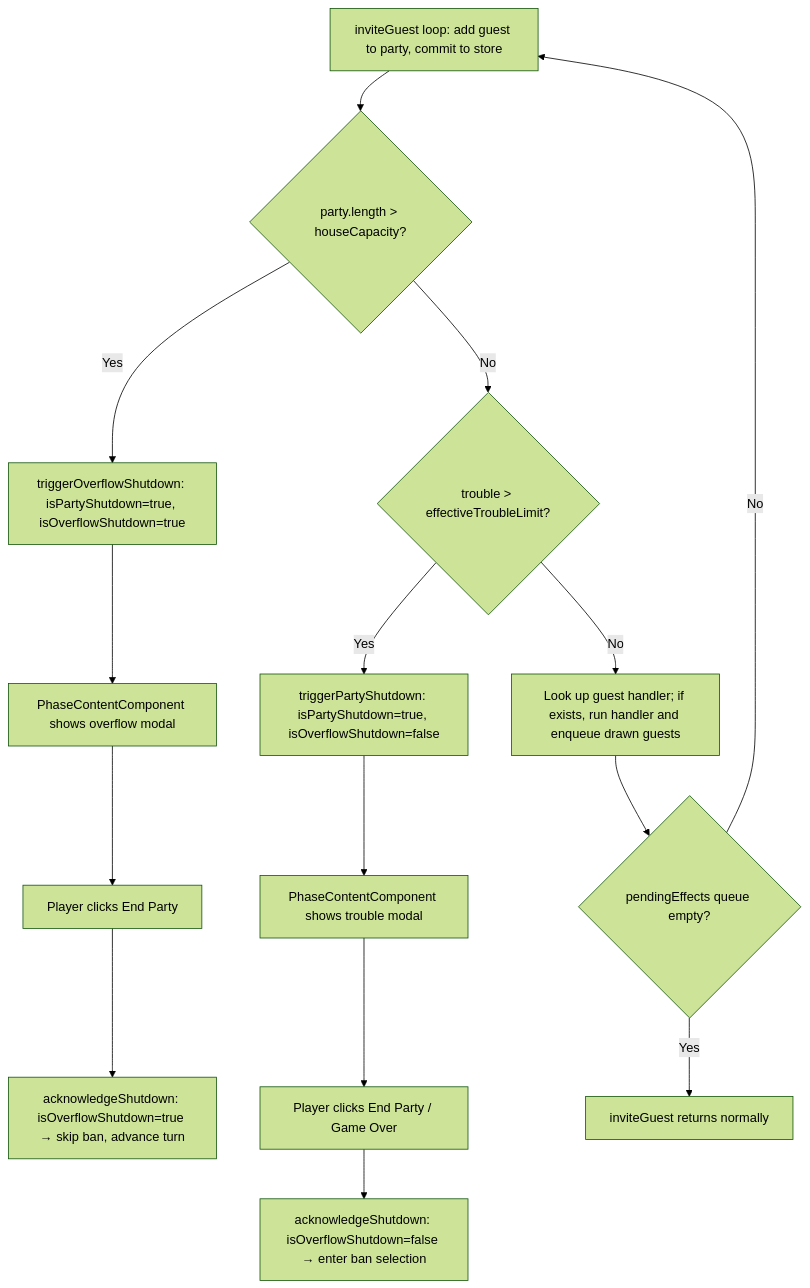
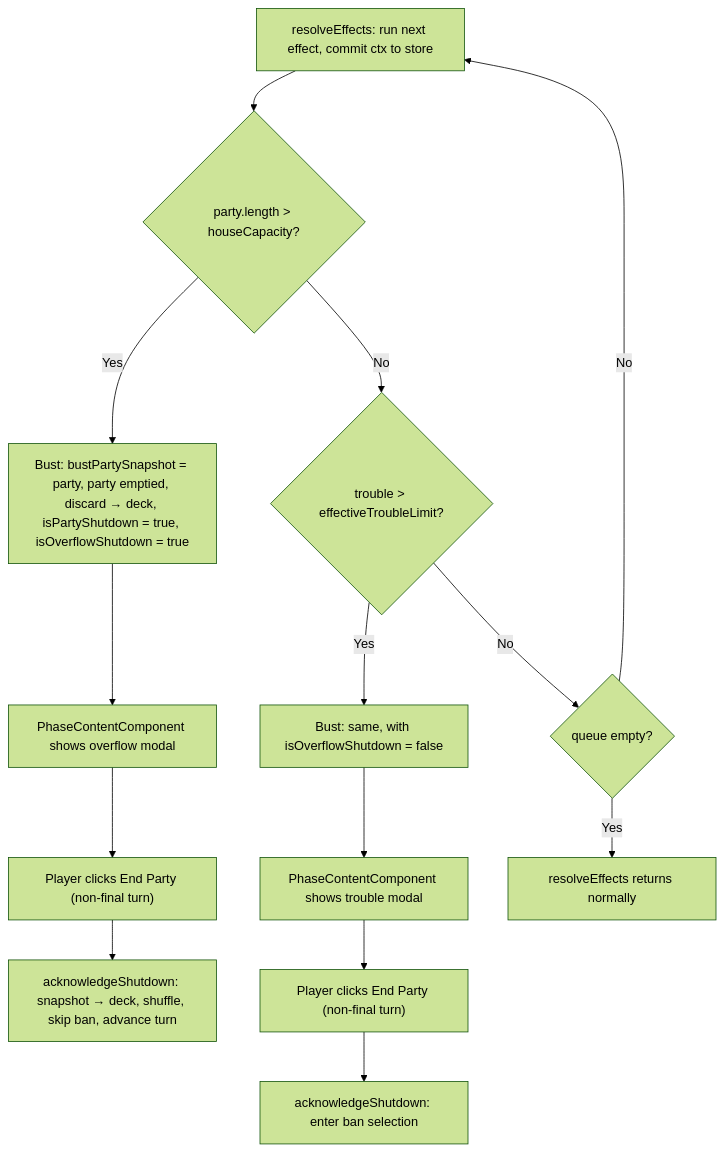
The second of 2 diagrams in .kiro/specs/overflow/design.md (DerekMcDougall/clone-house), drawn with Mermaid (forest theme) before and after one commit. The commit also changed other lines of this file and 1 other file, not shown here.

First line of the commit message:
Update overflow and Climber designs for the generic effect queue

````diff
--- a/.kiro/specs/overflow/design.md
+++ b/.kiro/specs/overflow/design.md
@@ -88,17 +97,16 @@
 ```mermaid
 graph TD
-    A[inviteGuest loop: add guest to party, commit to store] --> C{party.length > houseCapacity?}
-    C -->|Yes| D[triggerOverflowShutdown: isPartyShutdown=true, isOverflowShutdown=true]
+    A[resolveEffects: run next effect, commit ctx to store] --> C{party.length > houseCapacity?}
+    C -->|Yes| D["Bust: bustPartySnapshot = party, party emptied, discard → deck, isPartyShutdown = true, isOverflowShutdown = true"]
     C -->|No| E{trouble > effectiveTroubleLimit?}
-    E -->|Yes| F[triggerPartyShutdown: isPartyShutdown=true, isOverflowShutdown=false]
-    E -->|No| G[Look up guest handler; if exists, run handler and enqueue drawn guests]
-    G --> H{pendingEffects queue empty?}
+    E -->|Yes| F[Bust: same, with isOverflowShutdown = false]
+    E -->|No| H{queue empty?}
     H -->|No| A
-    H -->|Yes| I[inviteGuest returns normally]
+    H -->|Yes| I[resolveEffects returns normally]
     D --> J[PhaseContentComponent shows overflow modal]
     F --> K[PhaseContentComponent shows trouble modal]
-    J --> L[Player clicks End Party]
-    L --> M[acknowledgeShutdown: isOverflowShutdown=true → skip ban, advance turn]
-    K --> N[Player clicks End Party / Game Over]
-    N --> O[acknowledgeShutdown: isOverflowShutdown=false → enter ban selection]
+    J --> L["Player clicks End Party (non-final turn)"]
+    L --> M[acknowledgeShutdown: snapshot → deck, shuffle, skip ban, advance turn]
+    K --> N["Player clicks End Party (non-final turn)"]
+    N --> O[acknowledgeShutdown: enter ban selection]
 ```
````
